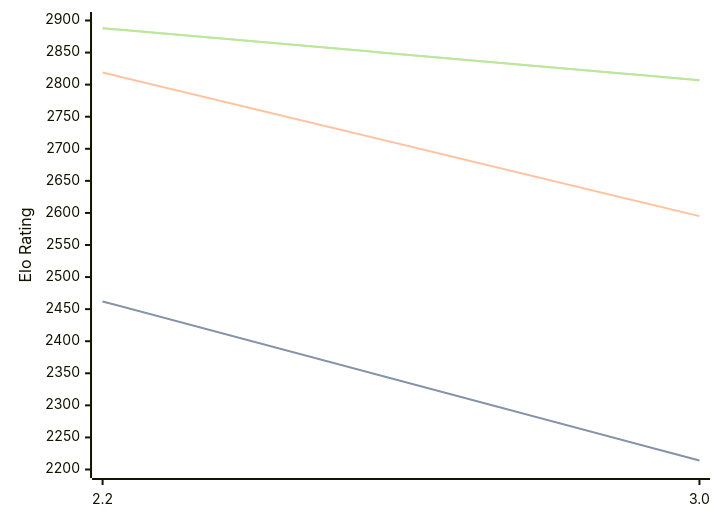
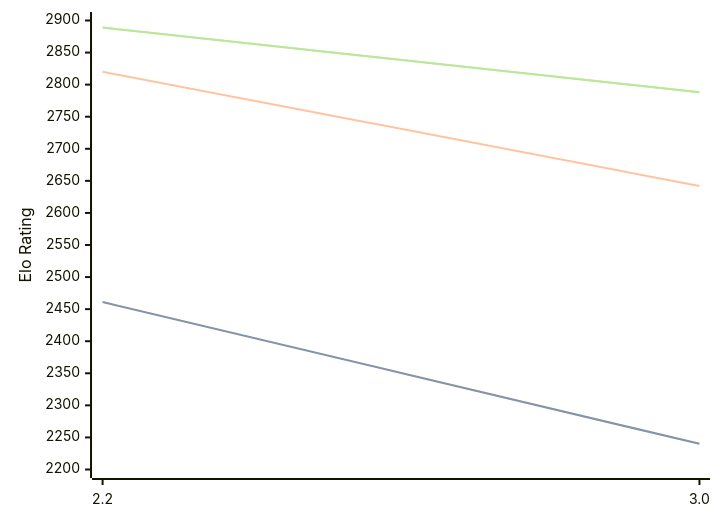
Before and after one commit to computer-chess-index/cci: the third of 3 diagrams in engines/Thrawn.md, drawn with Mermaid. The commit also changed other lines of this file, not shown here.

Commit message:
Update CCI Ratings (ELO VLTC) - 2026-06-24

````diff
--- a/engines/Thrawn.md
+++ b/engines/Thrawn.md
@@ -73,11 +73,11 @@
 ```mermaid
 %%{init: {"theme":"base","themeVariables":{"seriesColors:['#a3a3a3','#222221','#faa371']}}}%%
 xychart-beta
   x-axis ["2.2", "3.0"]
   y-axis "Elo Rating" 2200 --> 2900
-  line "STC (8.0+0.08s)" [2462, 2214]
-  line "STC (8.0+0.08s)" [2462, 2214]
-  line "LTC (60.0+0.60s)" [2819, 2595]
-  line "VLTC (2m24s+1.12s)" [2888, 2807]
-  line "VLTC (2m24s+1.12s)" [2888, 2807]
+  line "STC (8.0+0.08s)" [2461, 2240]
+  line "STC (8.0+0.08s)" [2461, 2240]
+  line "LTC (60.0+0.60s)" [2820, 2642]
+  line "VLTC (2m24s+1.12s)" [2889, 2788]
+  line "VLTC (2m24s+1.12s)" [2889, 2788]
 ```
````
